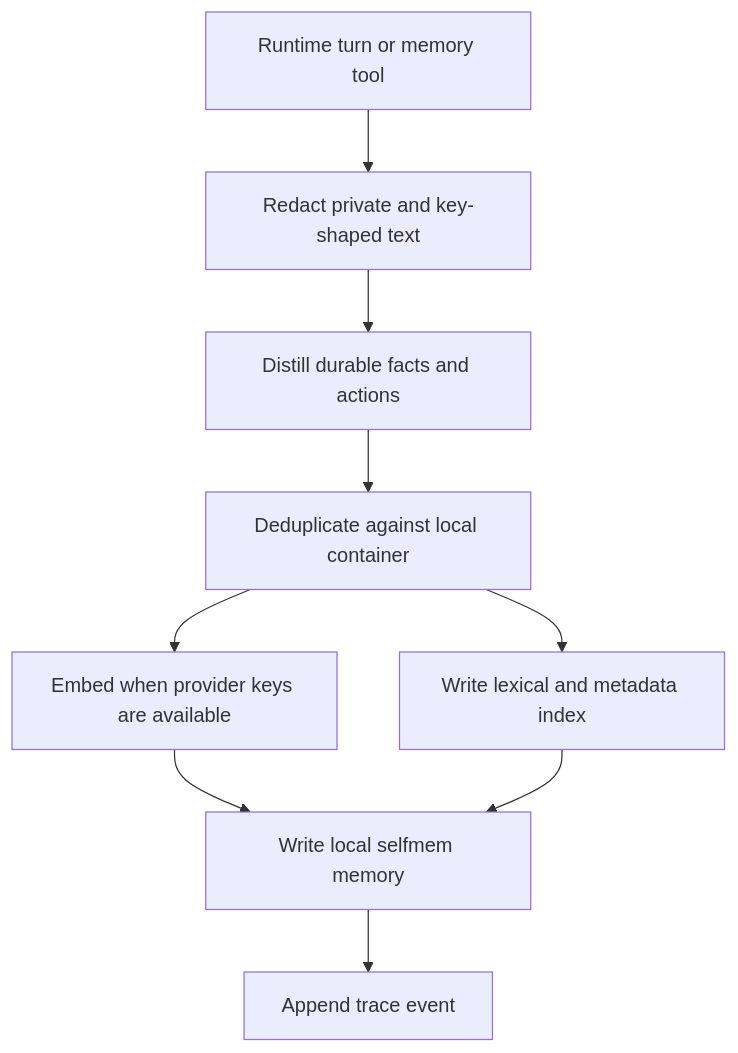
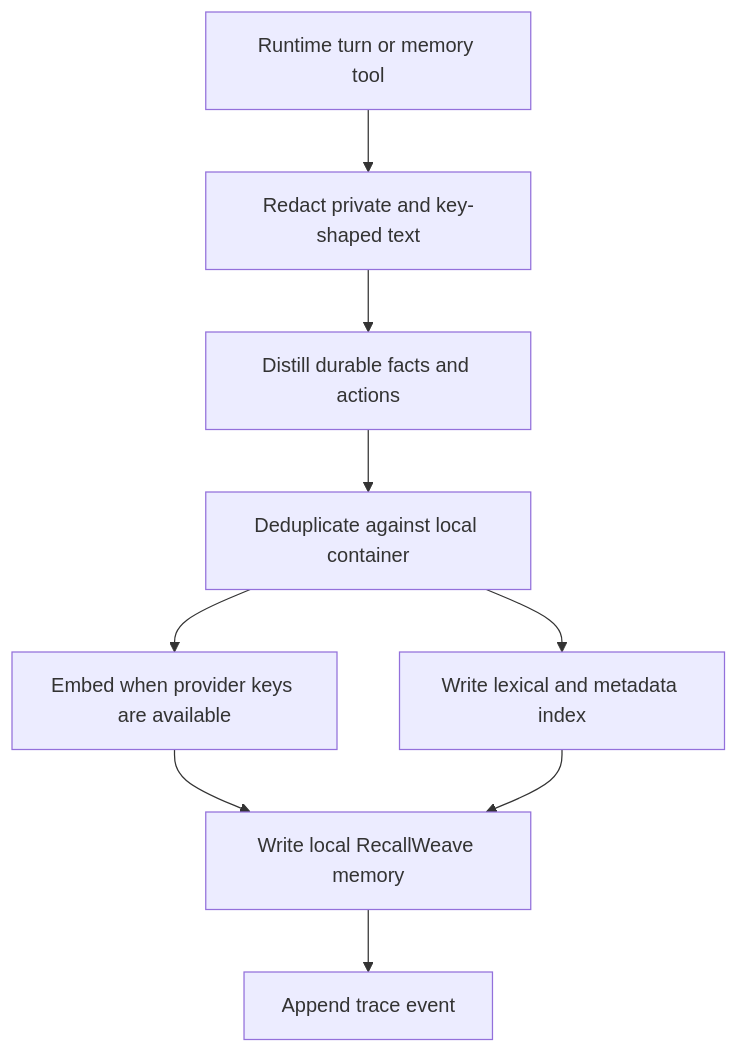
One commit to radbroradbro/selfmem-agent-memory changed the first of 4 diagrams in docs/FLOWS.md. Above: the diagram before and after it, drawn with Mermaid. The commit also changed other lines of this file and 82 other files, not shown here.

Commit message:
feat: prepare RecallWeave public alpha

````diff
--- a/docs/FLOWS.md
+++ b/docs/FLOWS.md
@@ -5,11 +5,11 @@
 ```mermaid
 flowchart TD
   A["Runtime turn or memory tool"] --> B["Redact private and key-shaped text"]
   B --> C["Distill durable facts and actions"]
   C --> D["Deduplicate against local container"]
   D --> E["Embed when provider keys are available"]
   D --> F["Write lexical and metadata index"]
-  E --> G["Write local selfmem memory"]
+  E --> G["Write local RecallWeave memory"]
   F --> G
   G --> H["Append trace event"]
 ```
````
